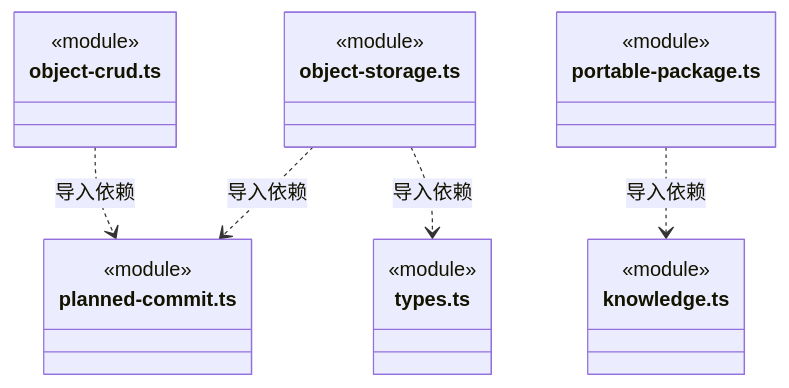
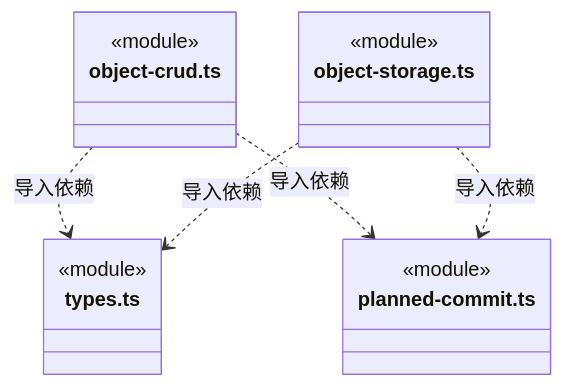
One commit to nan023062/cbim changed diagram 29 of 32 in src/backend/core/knowledge/ARCHITECTURE.md. Above: the diagram before and after it, drawn with Mermaid. The commit also changed other lines of this file and 36 other files, not shown here.

````diff
--- a/src/backend/core/knowledge/ARCHITECTURE.md
+++ b/src/backend/core/knowledge/ARCHITECTURE.md
@@ -678,25 +684,19 @@
 ```mermaid
 classDiagram
 class N_src_backend_core_knowledge_object_crud_ts["object-crud.ts"] {
+  <<module>>
+}
+class N_src_backend_core_knowledge_types_ts["types.ts"] {
   <<module>>
 }
 class N_src_backend_core_knowledge_planned_commit_ts["planned-commit.ts"] {
   <<module>>
 }
 class N_src_backend_core_knowledge_object_storage_ts["object-storage.ts"] {
   <<module>>
 }
-class N_src_backend_core_knowledge_types_ts["types.ts"] {
-  <<module>>
-}
-class N_src_backend_core_knowledge_portable_package_ts["portable-package.ts"] {
-  <<module>>
-}
-class N_src_backend_core_knowledge_knowledge_ts["knowledge.ts"] {
-  <<module>>
-}
+N_src_backend_core_knowledge_object_crud_ts ..> N_src_backend_core_knowledge_types_ts : 导入依赖
 N_src_backend_core_knowledge_object_crud_ts ..> N_src_backend_core_knowledge_planned_commit_ts : 导入依赖
 N_src_backend_core_knowledge_object_storage_ts ..> N_src_backend_core_knowledge_types_ts : 导入依赖
 N_src_backend_core_knowledge_object_storage_ts ..> N_src_backend_core_knowledge_planned_commit_ts : 导入依赖
-N_src_backend_core_knowledge_portable_package_ts ..> N_src_backend_core_knowledge_knowledge_ts : 导入依赖
 ```
````
